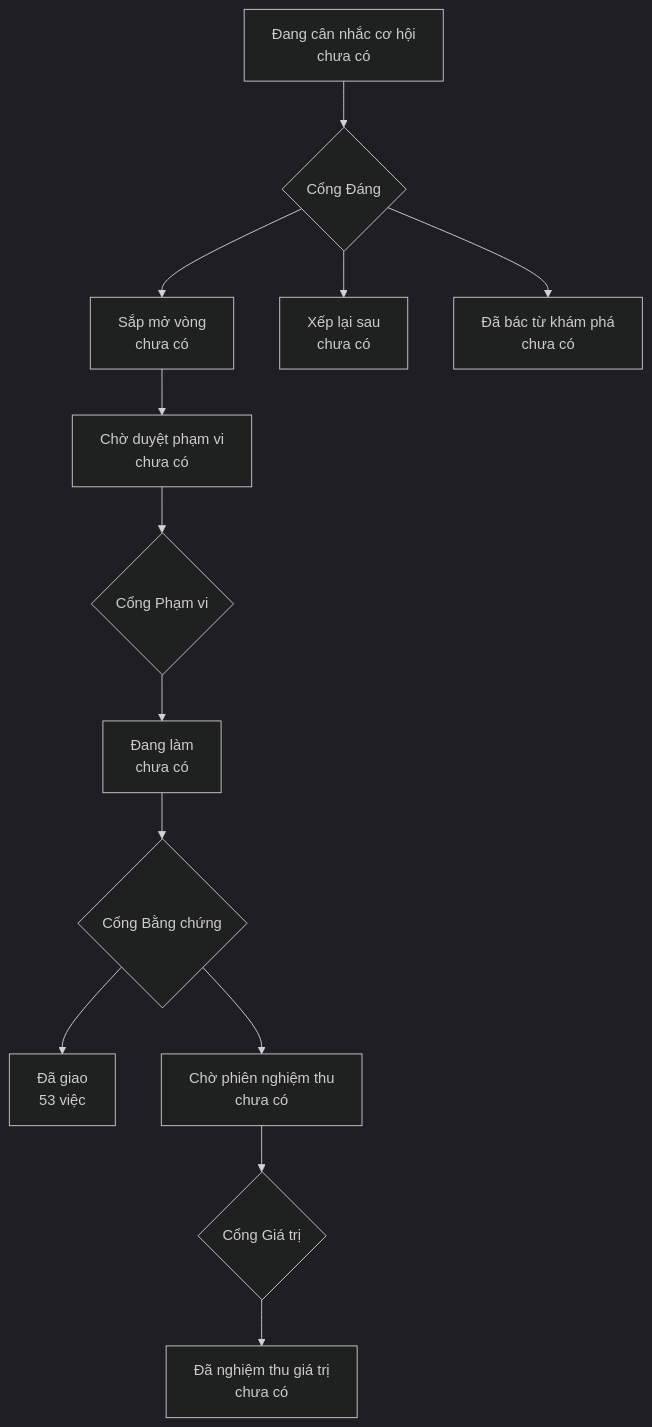
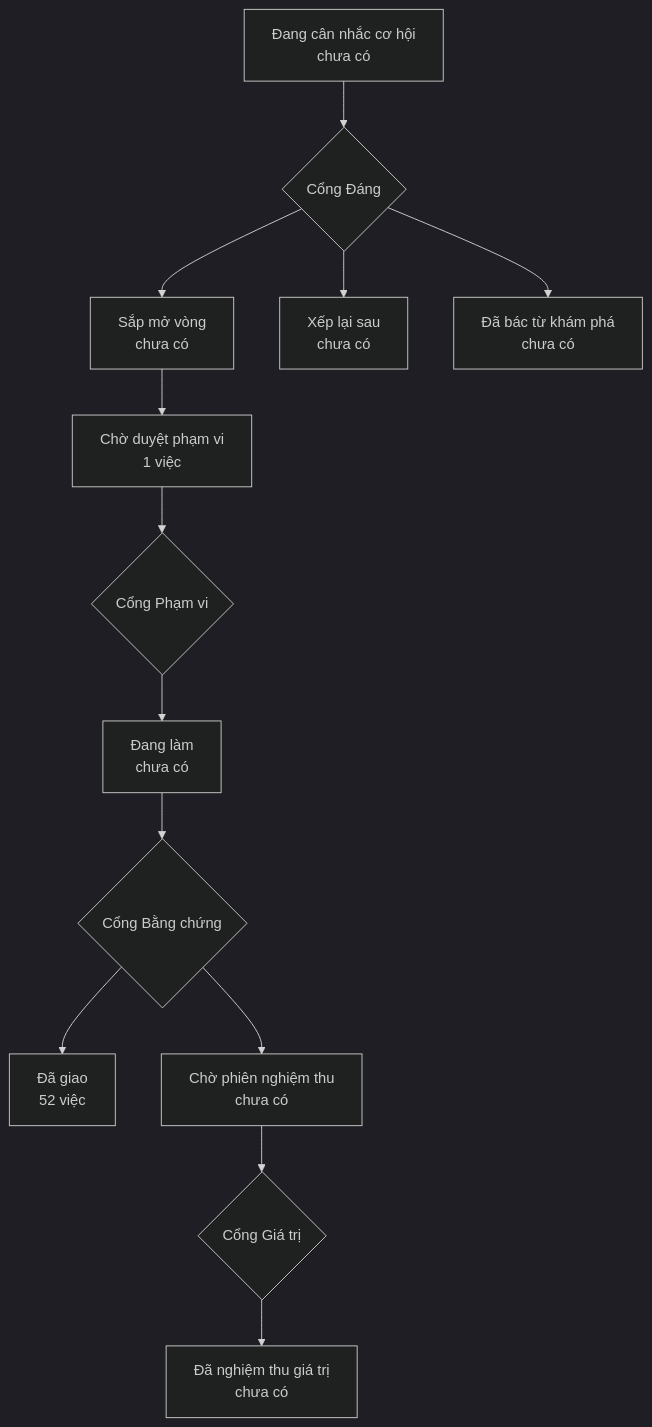
One commit to phanlemanh/acceptance-gate-kit changed the diagram in PRODUCT-MAP.md. Above: the diagram before and after it, drawn with Mermaid (dark theme). The commit also changed other lines of this file and 7 other files, not shown here.

First line of the commit message:
acceptance(lan-v): owner TRẢ LẠI Cổng Bằng chứng — hạ về phạm vi, nâng T3

````diff
--- a/PRODUCT-MAP.md
+++ b/PRODUCT-MAP.md
@@ -6,12 +6,12 @@
 ```mermaid
 flowchart TD
   A["Đang cân nhắc cơ hội<br/>chưa có"] --> GD{"Cổng Đáng"}
   GD --> B["Sắp mở vòng<br/>chưa có"]
   GD --> XL["Xếp lại sau<br/>chưa có"]
   GD --> DB["Đã bác từ khám phá<br/>chưa có"]
-  B --> CD["Chờ duyệt phạm vi<br/>chưa có"] --> GP{"Cổng Phạm vi"}
+  B --> CD["Chờ duyệt phạm vi<br/>1 việc"] --> GP{"Cổng Phạm vi"}
   GP --> DL["Đang làm<br/>chưa có"] --> GB{"Cổng Bằng chứng"}
-  GB --> DG["Đã giao<br/>53 việc"]
+  GB --> DG["Đã giao<br/>52 việc"]
   GB --> CN["Chờ phiên nghiệm thu<br/>chưa có"] --> GG{"Cổng Giá trị"}
   GG --> NT["Đã nghiệm thu giá trị<br/>chưa có"]
 ```
````
